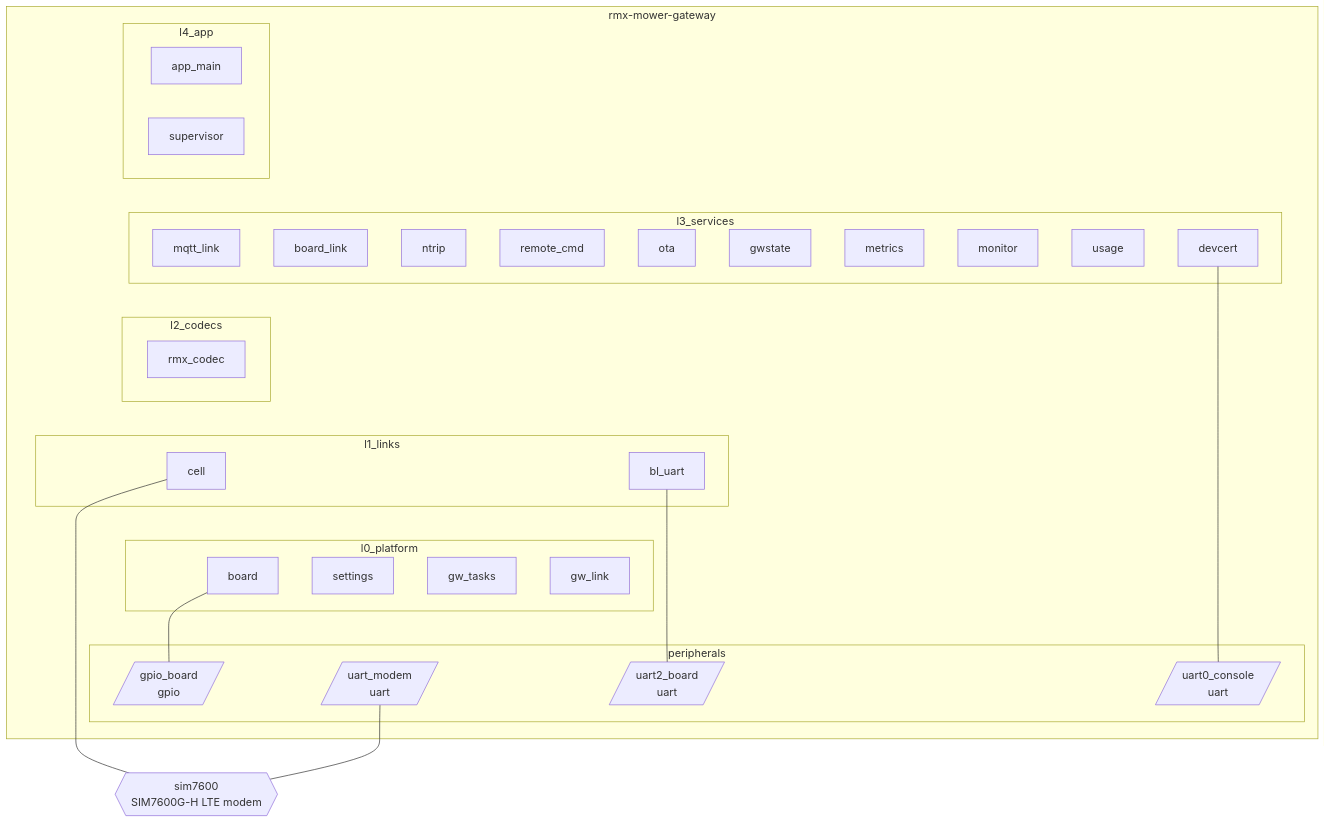
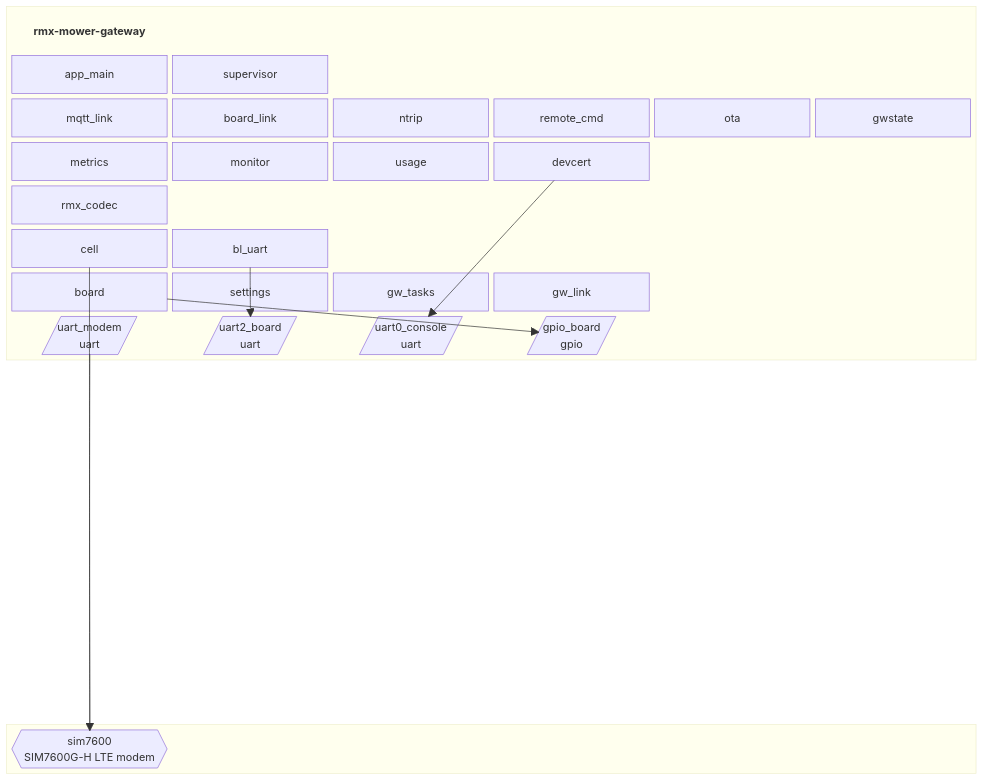
Before and after one commit to jRmx0/esp-architecture: the second of 4 diagrams in examples/gateway/diagrams.md, drawn with Mermaid. The commit also changed 2 other files, not shown here.

Commit message:
Draw the block diagram with block-beta
The chip is a grid: system name, one row per layer, the buses in the
bottom row; devices sit outside and link to their bus. Flowchart layout
placed the boxes on its own.

````diff
--- a/examples/gateway/diagrams.md
+++ b/examples/gateway/diagrams.md
@@ -27,51 +27,67 @@
 ```mermaid
-flowchart TB
-  subgraph chip["rmx-mower-gateway"]
-    subgraph B_l4_app["l4_app"]
-      n_app_main["app_main"]
-      n_supervisor["supervisor"]
-    end
-    subgraph B_l3_services["l3_services"]
-      n_mqtt_link["mqtt_link"]
-      n_board_link["board_link"]
-      n_ntrip["ntrip"]
-      n_remote_cmd["remote_cmd"]
-      n_ota["ota"]
-      n_gwstate["gwstate"]
-      n_metrics["metrics"]
-      n_monitor["monitor"]
-      n_usage["usage"]
-      n_devcert["devcert"]
-    end
-    subgraph B_l2_codecs["l2_codecs"]
-      n_rmx_codec["rmx_codec"]
-    end
-    subgraph B_l1_links["l1_links"]
-      n_cell["cell"]
-      n_bl_uart["bl_uart"]
-    end
-    subgraph B_l0_platform["l0_platform"]
-      n_board["board"]
-      n_settings["settings"]
-      n_gw_tasks["gw_tasks"]
-      n_gw_link["gw_link"]
-    end
-    subgraph B_buses["peripherals"]
-      n_uart_modem[/"uart_modem<br/>uart"/]
-      n_uart2_board[/"uart2_board<br/>uart"/]
-      n_uart0_console[/"uart0_console<br/>uart"/]
-      n_gpio_board[/"gpio_board<br/>gpio"/]
-    end
-    B_l4_app ~~~ B_l3_services
-    B_l3_services ~~~ B_l2_codecs
-    B_l2_codecs ~~~ B_l1_links
-    B_l1_links ~~~ B_l0_platform
-    B_l0_platform ~~~ B_buses
+block-beta
+  columns 1
+  block:chip
+    columns 6
+    chip_title["<b>rmx-mower-gateway</b>"]:6
+    n_app_main["app_main"]
+    n_supervisor["supervisor"]
+    space
+    space
+    space
+    space
+    n_mqtt_link["mqtt_link"]
+    n_board_link["board_link"]
+    n_ntrip["ntrip"]
+    n_remote_cmd["remote_cmd"]
+    n_ota["ota"]
+    n_gwstate["gwstate"]
+    n_metrics["metrics"]
+    n_monitor["monitor"]
+    n_usage["usage"]
+    n_devcert["devcert"]
+    space
+    space
+    n_rmx_codec["rmx_codec"]
+    space
+    space
+    space
+    space
+    space
+    n_cell["cell"]
+    n_bl_uart["bl_uart"]
+    space
+    space
+    space
+    space
+    n_board["board"]
+    n_settings["settings"]
+    n_gw_tasks["gw_tasks"]
+    n_gw_link["gw_link"]
+    space
+    space
+    n_uart_modem[/"uart_modem<br/>uart"/]
+    n_uart2_board[/"uart2_board<br/>uart"/]
+    n_uart0_console[/"uart0_console<br/>uart"/]
+    n_gpio_board[/"gpio_board<br/>gpio"/]
+    space
+    space
   end
-  n_sim7600{{"sim7600<br/>SIM7600G-H LTE modem"}}
+  space
+  block:outside
+    columns 6
+    n_sim7600{{"sim7600<br/>SIM7600G-H LTE modem"}}
+    space
+    space
+    space
+    space
+    space
+  end
+  n_devcert --> n_uart0_console
+  n_cell --> n_sim7600
+  n_bl_uart --> n_uart2_board
+  n_board --> n_gpio_board
   n_uart_modem --- n_sim7600
-  n_devcert --- n_uart0_console
-  n_cell --- n_sim7600
-  n_bl_uart --- n_uart2_board
-  n_board --- n_gpio_board
+  classDef title fill:none,stroke:none
+  class chip_title title
 ```
````
